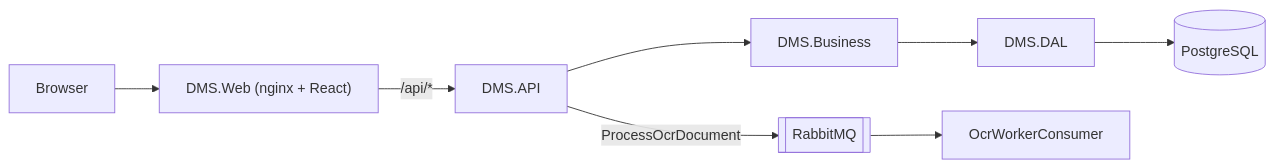
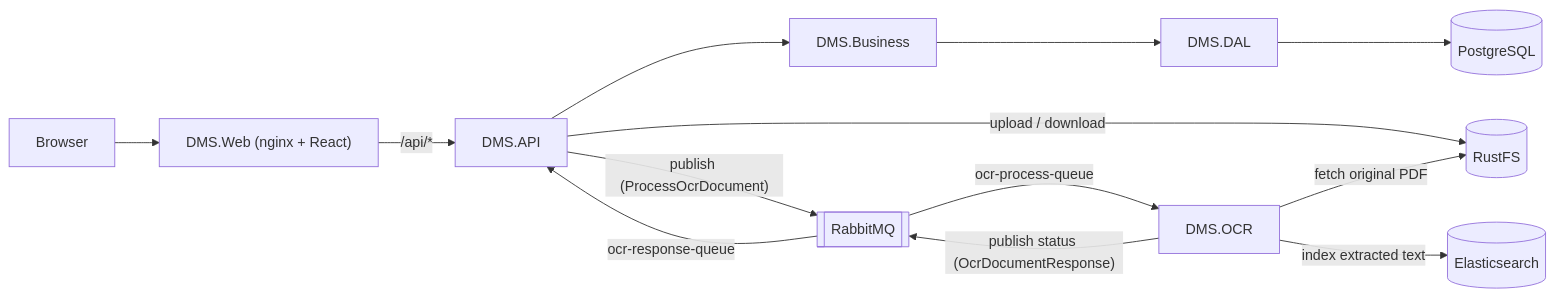
One commit to leopoldKainz/DMS changed the first of 3 diagrams in README.md. Above: the diagram before and after it, drawn with Mermaid. The commit also changed other lines of this file and 25 other files, not shown here.

Commit message:
Implement OCR worker service with Ghostscript and Tesseract integration, including Docker setup and RabbitMQ messaging

````diff
--- a/README.md
+++ b/README.md
@@ -37,10 +45,15 @@
 ```mermaid
 flowchart LR
     Browser --> Web["DMS.Web (nginx + React)"]
     Web -- "/api/*" --> API[DMS.API]
     API --> Business[DMS.Business]
     Business --> DAL[DMS.DAL]
     DAL --> DB[(PostgreSQL)]
-    API -- ProcessOcrDocument --> MQ[[RabbitMQ]]
-    MQ --> OCR[OcrWorkerConsumer]
+    API -- "upload / download" --> RustFS[(RustFS)]
+    API -- "publish (ProcessOcrDocument)" --> MQ[[RabbitMQ]]
+    MQ -- "ocr-process-queue" --> OCR[DMS.OCR]
+    OCR -- "fetch original PDF" --> RustFS
+    OCR -- "index extracted text" --> ES[(Elasticsearch)]
+    OCR -- "publish status (OcrDocumentResponse)" --> MQ
+    MQ -- "ocr-response-queue" --> API
 ```
````
